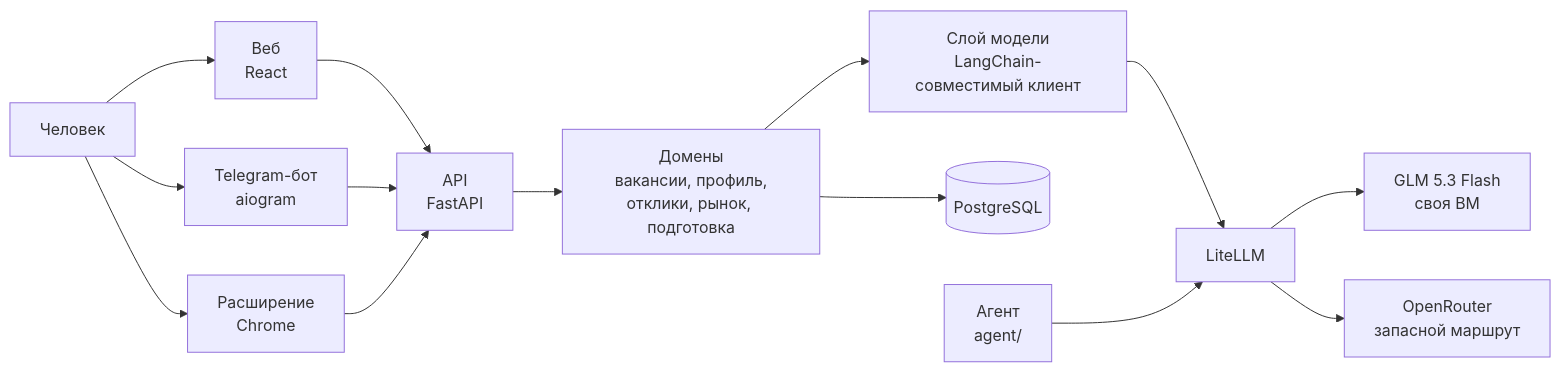
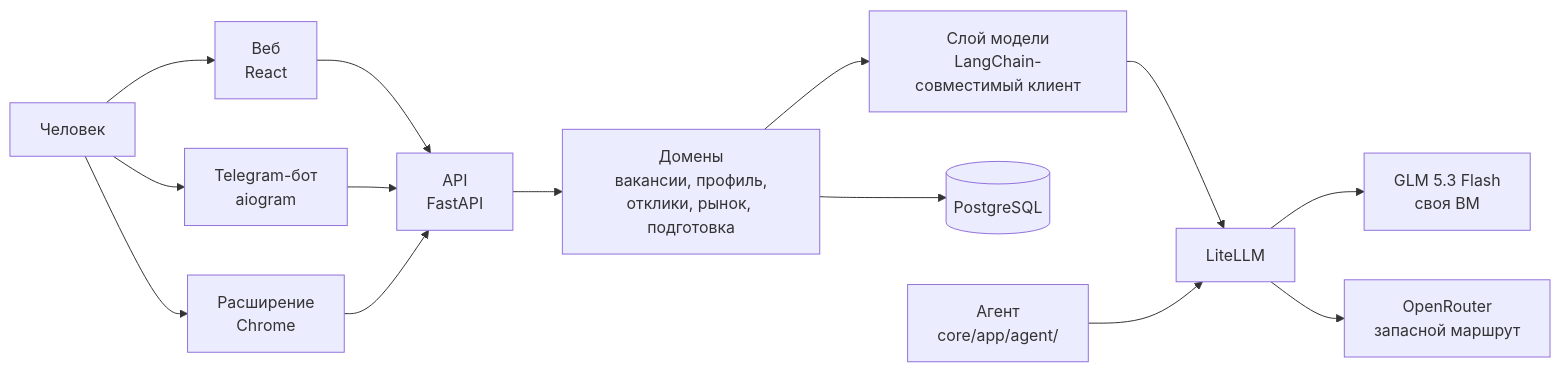
One commit to stareeg/kurs-relocation-agent changed the diagram in README.md. Above: the diagram before and after it, drawn with Mermaid. The commit also changed other lines of this file and 19 other files, not shown here.

````diff
--- a/README.md
+++ b/README.md
@@ -13,16 +13,16 @@
 ```mermaid
 flowchart LR
   U[Человек] --> W[Веб<br/>React]
   U --> B[Telegram-бот<br/>aiogram]
   U --> E[Расширение<br/>Chrome]
   W --> A[API<br/>FastAPI]
   B --> A
   E --> A
   A --> D[Домены<br/>вакансии, профиль,<br/>отклики, рынок, подготовка]
   D --> L[Слой модели<br/>LangChain-совместимый клиент]
   L --> P[LiteLLM]
   P --> G[GLM 5.3 Flash<br/>своя ВМ]
   P --> R[OpenRouter<br/>запасной маршрут]
   D --> DB[(PostgreSQL)]
-  AG[Агент<br/>agent/] --> P
+  AG[Агент<br/>core/app/agent/] --> P
 ```
````
